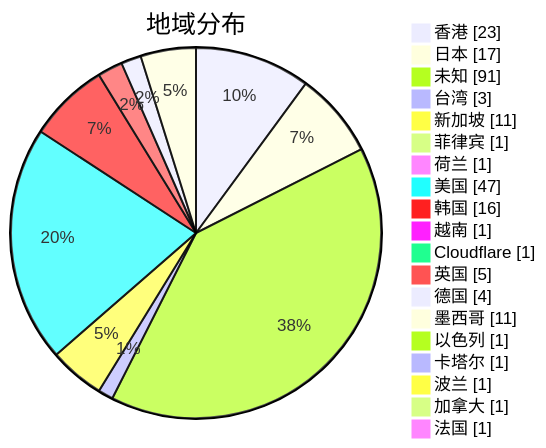
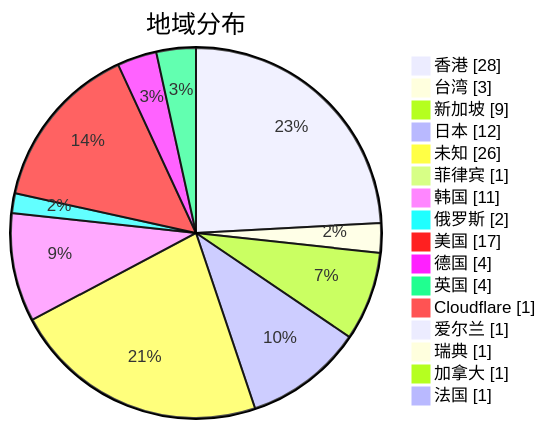
One commit to qjlxg/airport changed the second of 3 diagrams in subs/statistics/tested_within.md. Above: the diagram before and after it, drawn with Mermaid. The commit also changed other lines of this file and 2 other files, not shown here.

Commit message:
Tested by metaST

````diff
--- a/subs/statistics/tested_within.md
+++ b/subs/statistics/tested_within.md
@@ -12,23 +11,20 @@
 ```mermaid
 pie showData
 title 地域分布
-"香港" : 23
-"日本" : 17
-"未知" : 91
+"香港" : 28
 "台湾" : 3
-"新加坡" : 11
+"新加坡" : 9
+"日本" : 12
+"未知" : 26
 "菲律宾" : 1
-"荷兰" : 1
-"美国" : 47
-"韩国" : 16
-"越南" : 1
+"韩国" : 11
+"俄罗斯" : 2
+"美国" : 17
+"德国" : 4
+"英国" : 4
 "Cloudflare" : 1
-"英国" : 5
-"德国" : 4
-"墨西哥" : 11
-"以色列" : 1
-"卡塔尔" : 1
-"波兰" : 1
+"爱尔兰" : 1
+"瑞典" : 1
 "加拿大" : 1
 "法国" : 1
 ```
````
